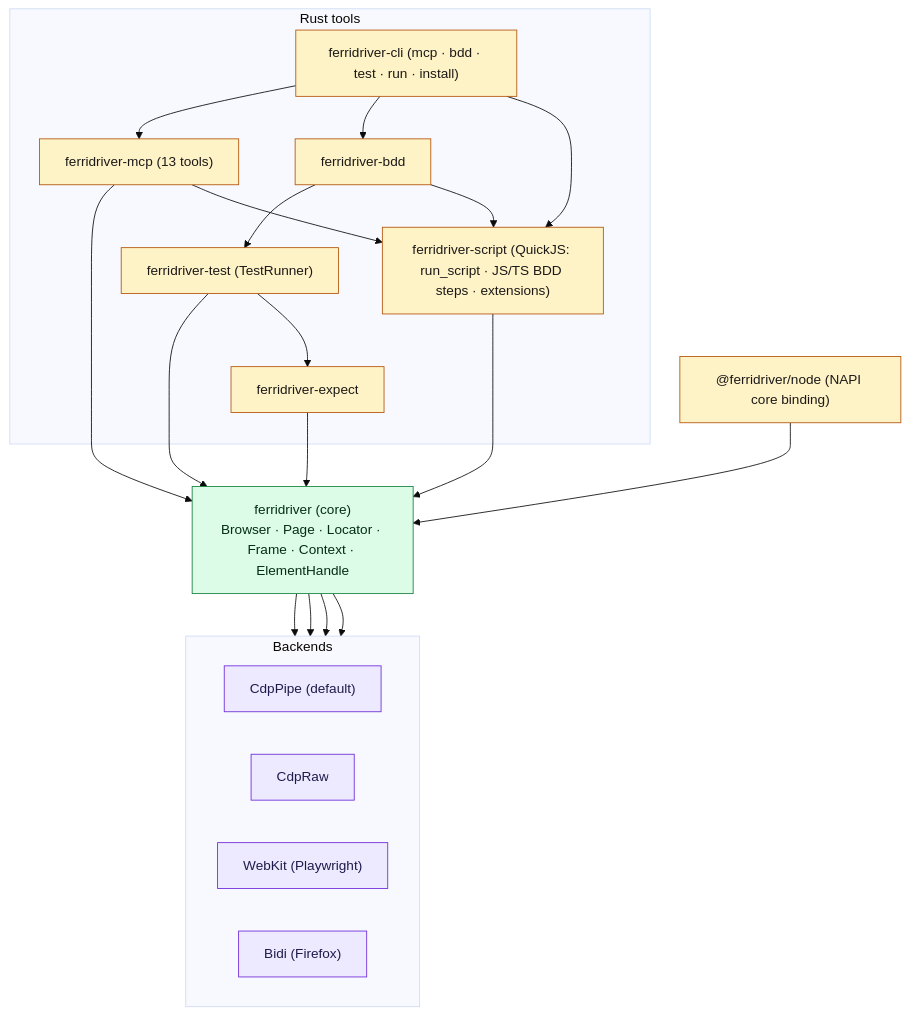
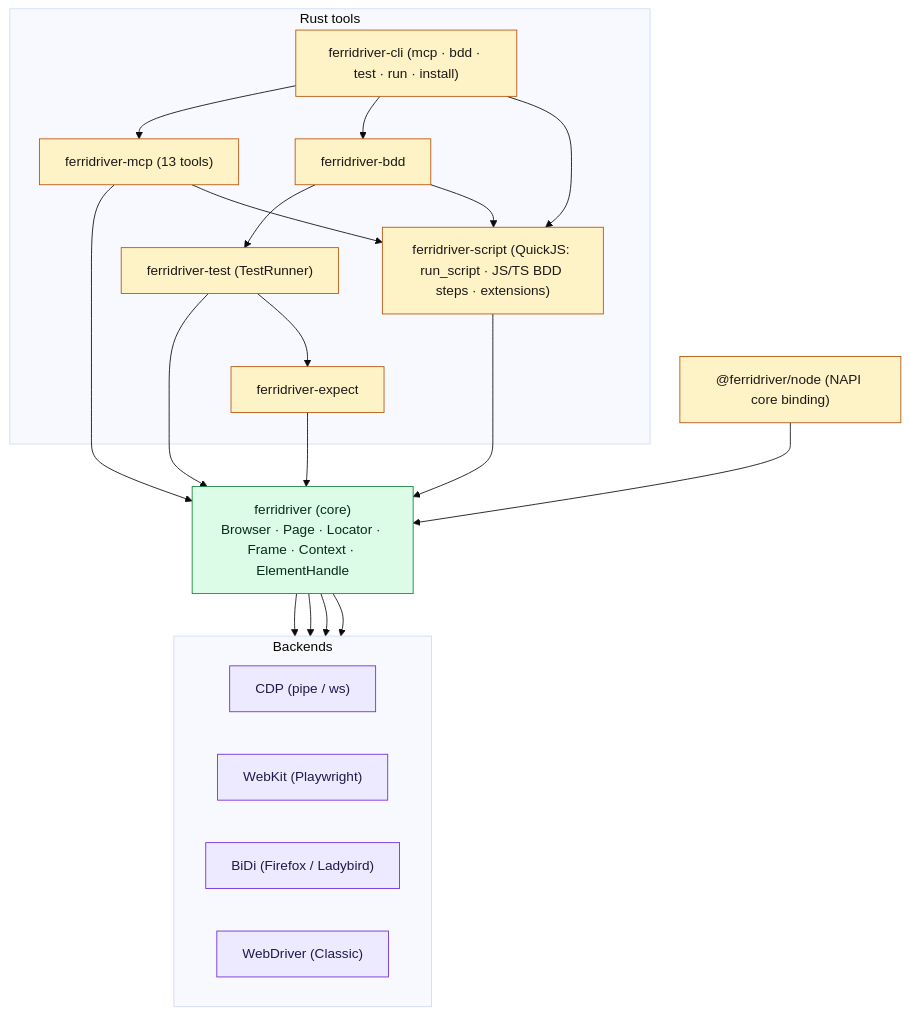
One commit to salamaashoush/ferridriver changed the first of 3 diagrams in site/docs/guide/architecture.md. Above: the diagram before and after it, drawn with Mermaid (base theme). The commit also changed other lines of this file and 22 other files, not shown here.

````diff
--- a/site/docs/guide/architecture.md
+++ b/site/docs/guide/architecture.md
@@ -10,47 +10,47 @@
 ```mermaid
 flowchart TB
   N["@ferridriver/node (NAPI core binding)"]
 
   subgraph RustTools [Rust tools]
     C["ferridriver-cli (mcp · bdd · test · run · install)"]
     D["ferridriver-test (TestRunner)"]
     E["ferridriver-bdd"]
     EX["ferridriver-expect"]
     F["ferridriver-mcp (13 tools)"]
     S["ferridriver-script (QuickJS: run_script · JS/TS BDD steps · extensions)"]
   end
 
   Core["ferridriver (core)\nBrowser · Page · Locator · Frame · Context · ElementHandle"]
 
   subgraph Backends
     direction LR
-    B1["CdpPipe (default)"]
-    B2["CdpRaw"]
-    B3["WebKit (Playwright)"]
-    B4["Bidi (Firefox)"]
+    B1["CDP (pipe / ws)"]
+    B2["WebKit (Playwright)"]
+    B3["BiDi (Firefox / Ladybird)"]
+    B4["WebDriver (Classic)"]
   end
 
   N --> Core
   C --> F
   C --> E
   C --> S
   F --> Core
   F --> S
   E --> D
   E --> S
   D --> Core
   D --> EX
   EX --> Core
   S --> Core
   Core --> B1
   Core --> B2
   Core --> B3
   Core --> B4
 
   classDef rustLayer fill:#fef3c7,stroke:#b45309,color:#1c1917
   classDef coreLayer fill:#dcfce7,stroke:#15803d,color:#052e16
   classDef backendLayer fill:#ede9fe,stroke:#6d28d9,color:#1e1b4b
   class N,C,D,E,EX,F,S rustLayer
   class Core coreLayer
   class B1,B2,B3,B4 backendLayer
 ```
````
